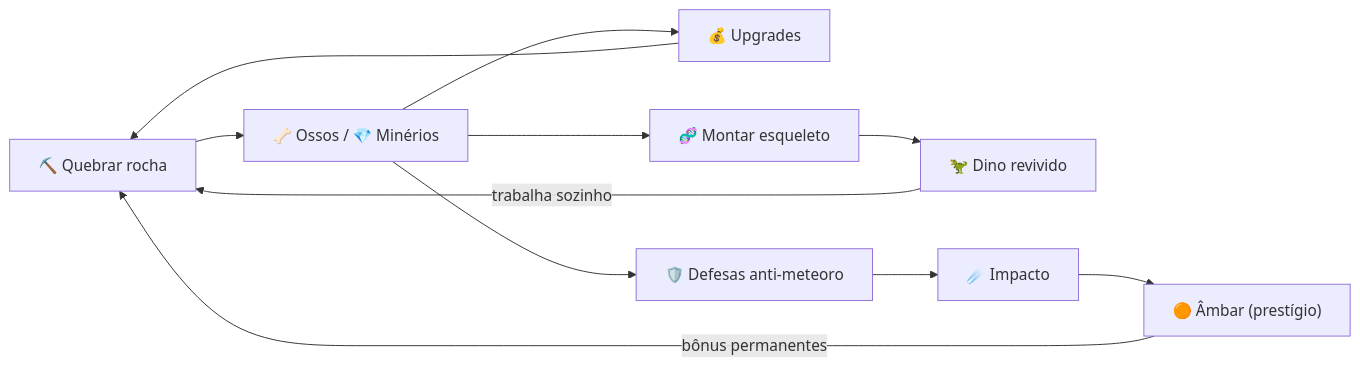
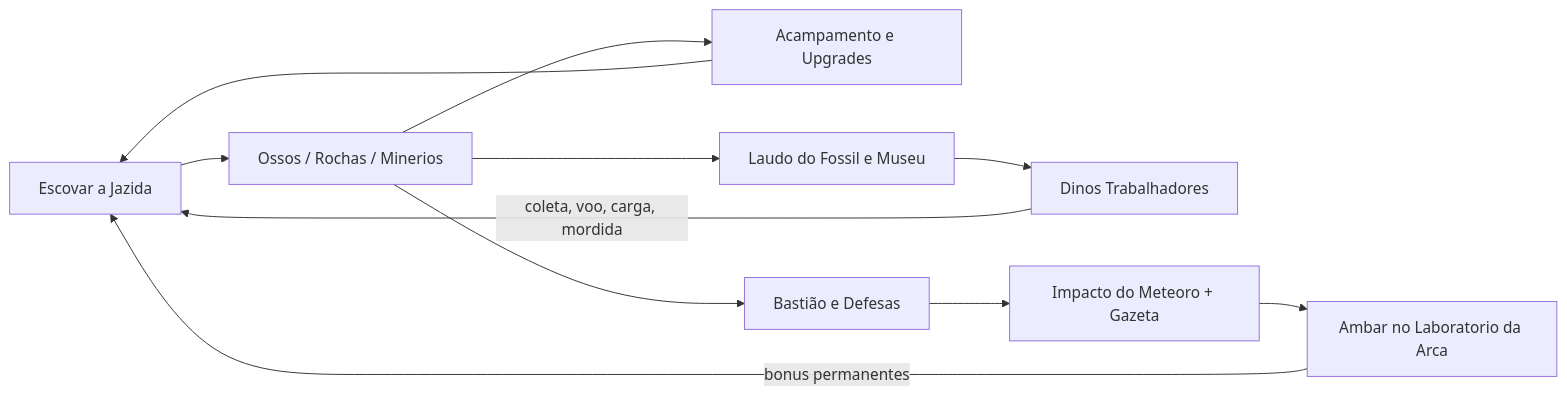
The first of 2 diagrams in docs/GDD.md (moretin/projeto-banger), drawn with Mermaid before and after one commit. The commit also changed other lines of this file and 406 other files, not shown here.

````diff
--- a/docs/GDD.md
+++ b/docs/GDD.md
@@ -17,13 +17,13 @@
 ```mermaid
 flowchart LR
-    A["⛏️ Quebrar rocha"] --> B["🦴 Ossos / 💎 Minérios"]
-    B --> C["💰 Upgrades"]
-    B --> D["🧬 Montar esqueleto"]
-    D --> E["🦖 Dino revivido"]
-    E -->|"trabalha sozinho"| A
+    A["Escovar a Jazida"] --> B["Ossos / Rochas / Minerios"]
+    B --> C["Acampamento e Upgrades"]
+    B --> D["Laudo do Fossil e Museu"]
+    D --> E["Dinos Trabalhadores"]
+    E -->|"coleta, voo, carga, mordida"| A
     C --> A
-    B --> F["🛡️ Defesas anti-meteoro"]
-    F --> G["☄️ Impacto"]
-    G --> H["🟠 Âmbar (prestígio)"]
-    H -->|"bônus permanentes"| A
+    B --> F["Bastião e Defesas"]
+    F --> G["Impacto do Meteoro + Gazeta"]
+    G --> H["Ambar no Laboratorio da Arca"]
+    H -->|"bonus permanentes"| A
 ```
````
